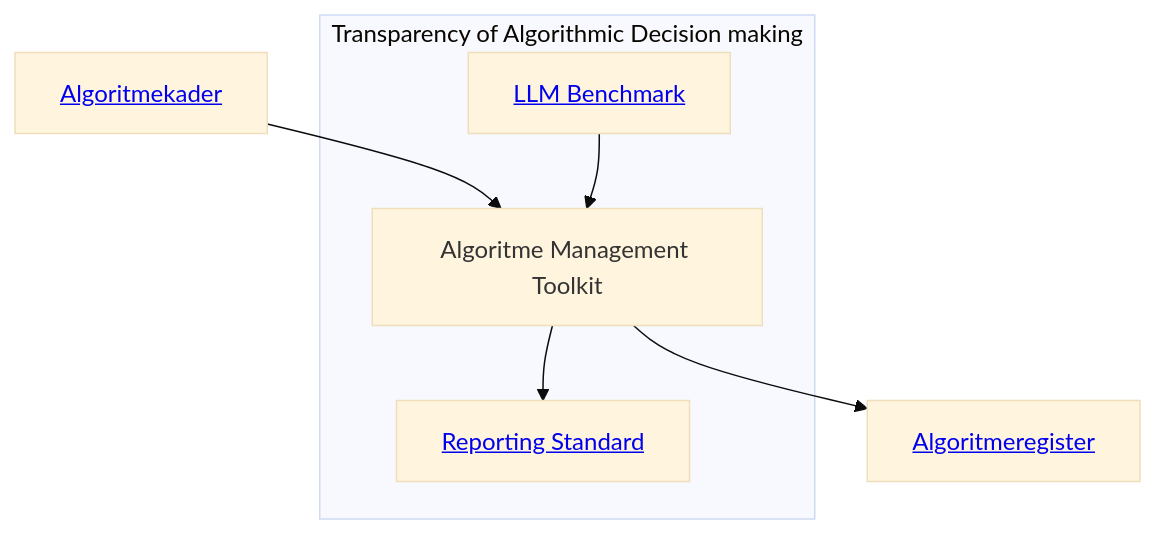
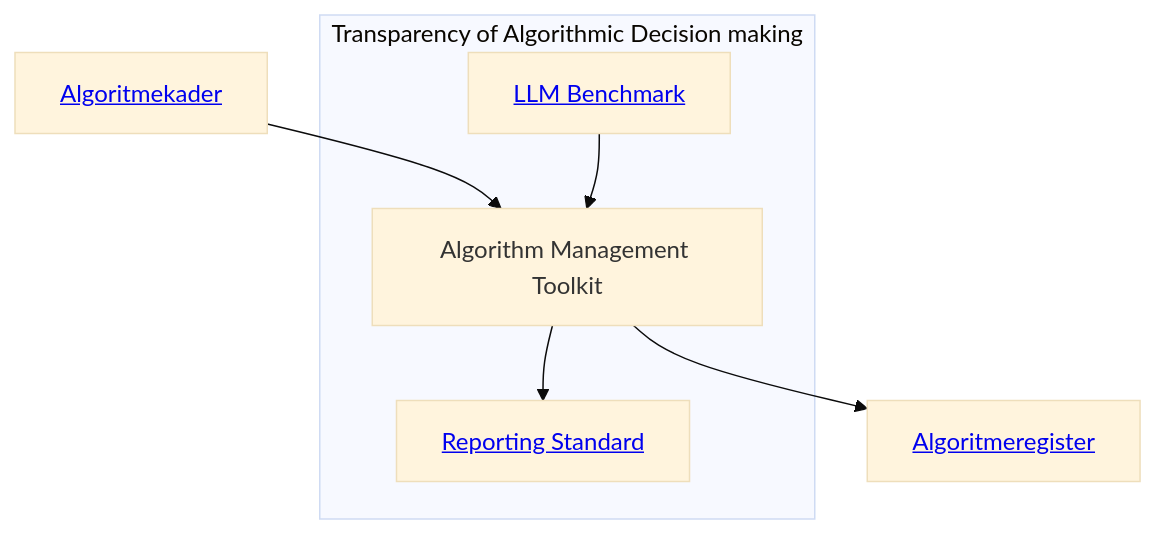
One commit to MinBZK/ai-validation changed the diagram in docs/index.md. Above: the diagram before and after it, drawn with Mermaid (base theme). The commit also changed other lines of this file, not shown here.

Commit message:
Fix spelling

````diff
--- a/docs/index.md
+++ b/docs/index.md
@@ -16,11 +16,11 @@
 ``` mermaid
 graph TB
     ak[<a href='https://minbzk.github.io/Algoritmekader/'>Algoritmekader</a>] --> tad
 
     subgraph Transparency of Algorithmic Decision making
-        tad[Algoritme Management Toolkit] --> st[<a href='/ai-validation/projects/tad/reporting-standard/'>Reporting Standard</a>]
+        tad[Algorithm Management Toolkit] --> st[<a href='/ai-validation/projects/tad/reporting-standard/'>Reporting Standard</a>]
         llm[<a href='/ai-validation/projects/llm-benchmarks/'>LLM Benchmark</a>] --> tad
     end
 
     tad --> ar[<a href='https://algoritmes.overheid.nl'>Algoritmeregister</a>]
 ```
````
